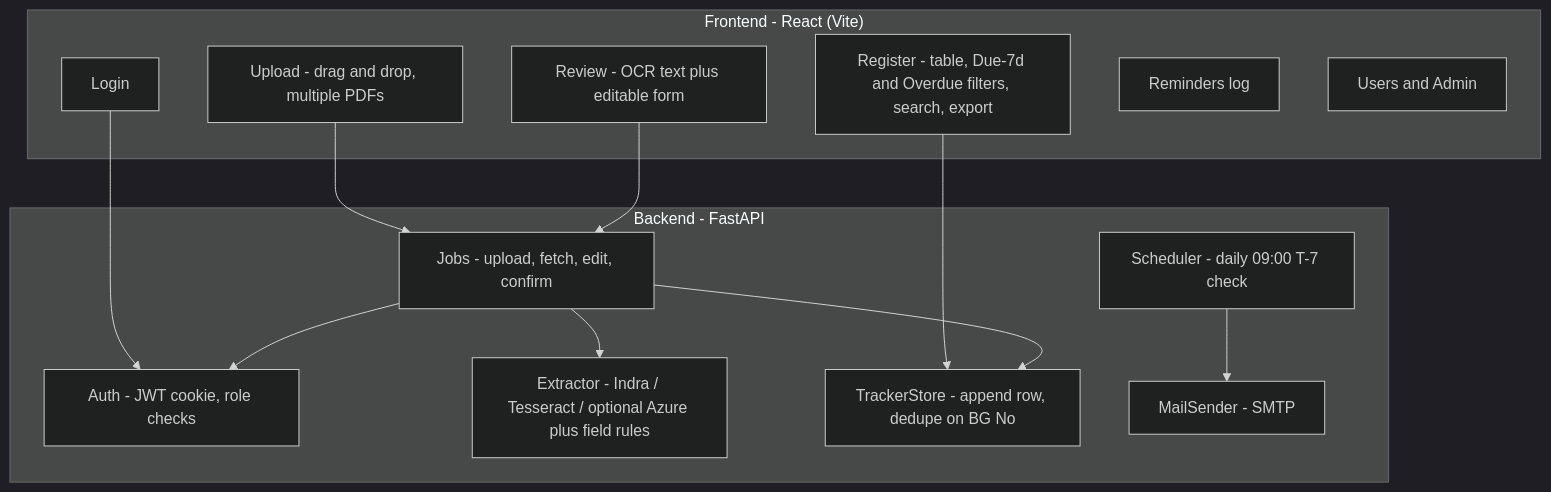
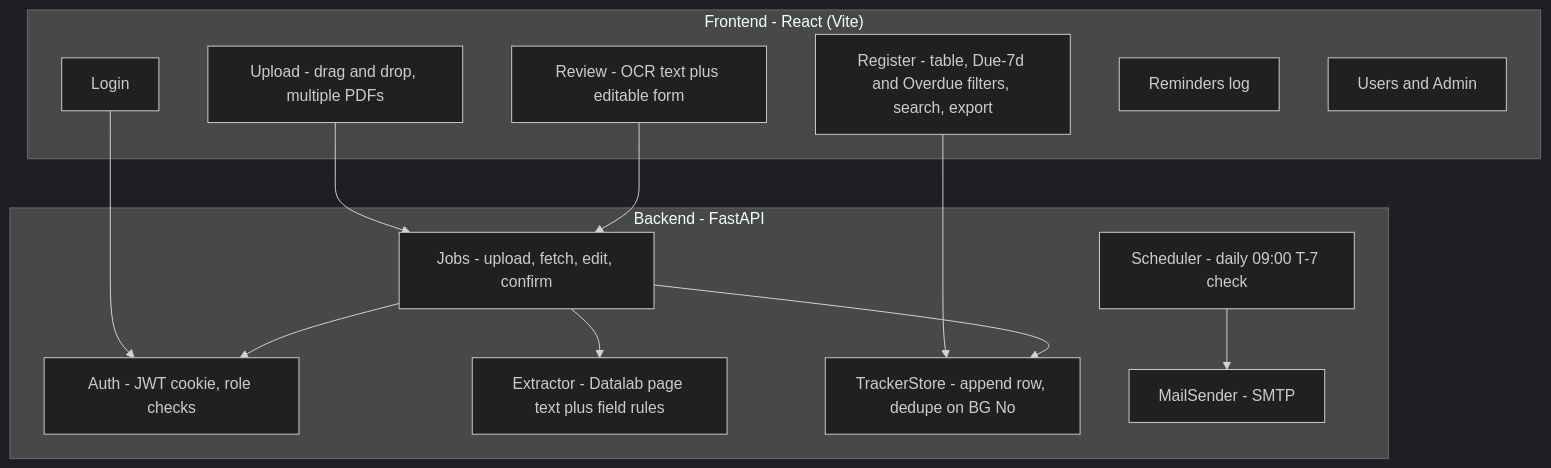
One commit to LaxmiKhilnani-nhit/Bank-Guarantee-Automation changed the second of 3 diagrams in plan/01-architecture.md. Above: the diagram before and after it, drawn with Mermaid (dark theme). The commit also changed other lines of this file and 22 other files, not shown here.

````diff
--- a/plan/01-architecture.md
+++ b/plan/01-architecture.md
@@ -54,27 +52,27 @@
 ```mermaid
 flowchart TB
   subgraph UI["Frontend - React (Vite)"]
     Login["Login"]
     Upload["Upload - drag and drop, multiple PDFs"]
     Review["Review - OCR text plus editable form"]
     Register["Register - table, Due-7d and Overdue filters, search, export"]
     RemLog["Reminders log"]
     Users["Users and Admin"]
   end
   subgraph SVC["Backend - FastAPI"]
     AuthN["Auth - JWT cookie, role checks"]
     Jobs["Jobs - upload, fetch, edit, confirm"]
-    Extract["Extractor - Indra / Tesseract / optional Azure plus field rules"]
+    Extract["Extractor - Datalab page text plus field rules"]
     Track["TrackerStore - append row, dedupe on BG No"]
     Mail["MailSender - SMTP"]
     Sched["Scheduler - daily 09:00 T-7 check"]
   end
   Login --> AuthN
   Upload --> Jobs
   Review --> Jobs
   Register --> Track
   Jobs --> Extract
   Jobs --> Track
   Sched --> Mail
   Jobs --> AuthN
 ```
````
